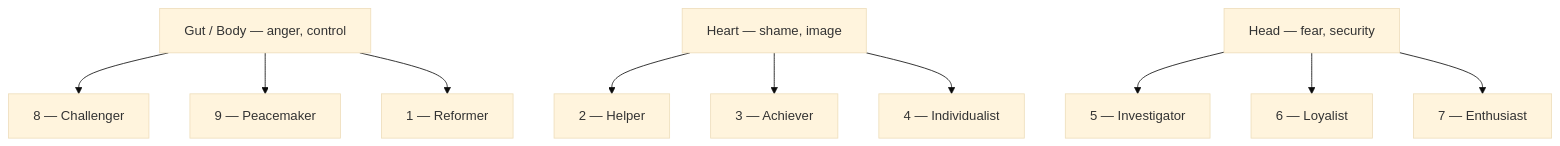
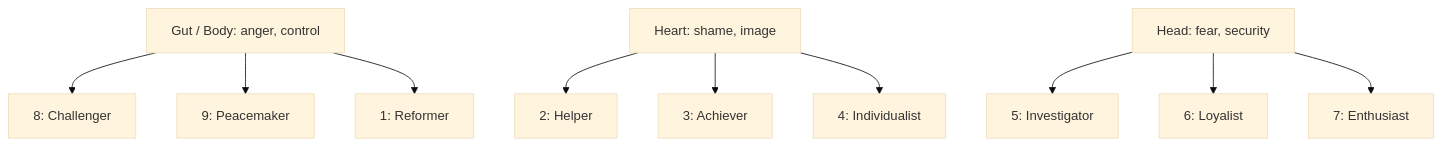
Before and after one commit to kennethreitz/kennethreitz.org: the diagram in data/knowledge/enneagram/index.md, drawn with Mermaid (base theme). The commit also changed other lines of this file and 879 other files, not shown here.

````diff
--- a/data/knowledge/enneagram/index.md
+++ b/data/knowledge/enneagram/index.md
@@ -40,15 +40,15 @@
 ```mermaid
 flowchart TD
-    G["Gut / Body — anger, control"]
-    H["Heart — shame, image"]
-    Hd["Head — fear, security"]
-    G --> T8["8 — Challenger"]
-    G --> T9["9 — Peacemaker"]
-    G --> T1["1 — Reformer"]
-    H --> T2["2 — Helper"]
-    H --> T3["3 — Achiever"]
-    H --> T4["4 — Individualist"]
-    Hd --> T5["5 — Investigator"]
-    Hd --> T6["6 — Loyalist"]
-    Hd --> T7["7 — Enthusiast"]
+    G["Gut / Body: anger, control"]
+    H["Heart: shame, image"]
+    Hd["Head: fear, security"]
+    G --> T8["8: Challenger"]
+    G --> T9["9: Peacemaker"]
+    G --> T1["1: Reformer"]
+    H --> T2["2: Helper"]
+    H --> T3["3: Achiever"]
+    H --> T4["4: Individualist"]
+    Hd --> T5["5: Investigator"]
+    Hd --> T6["6: Loyalist"]
+    Hd --> T7["7: Enthusiast"]
 ```
````
